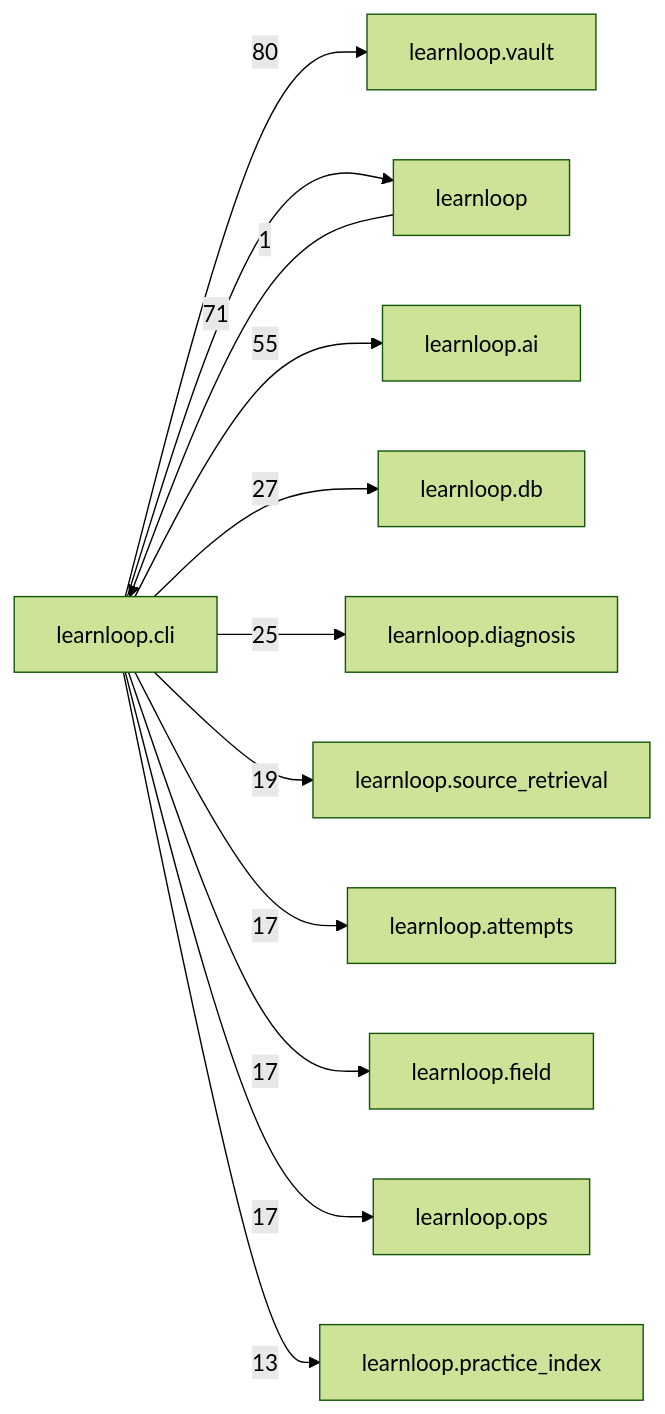
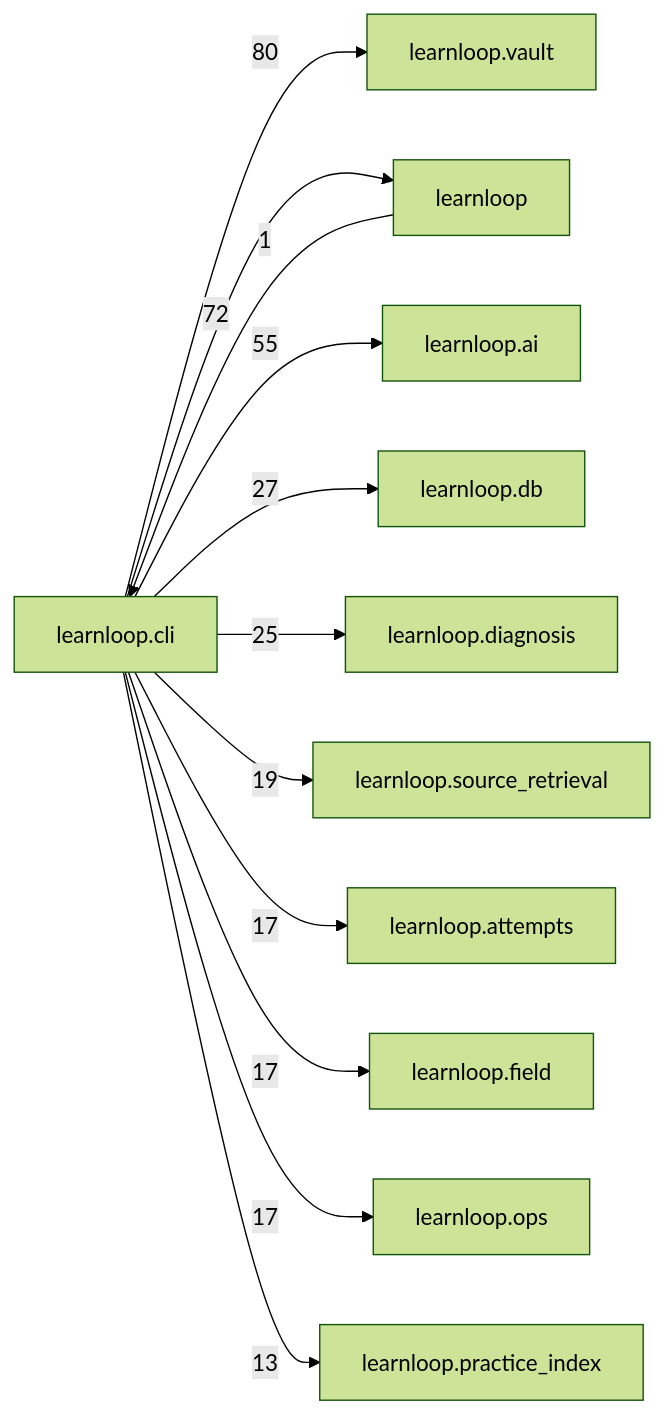
The diagram in docs/learnloop-architecture-vault/Reference/Modules/learnloop/cli/_package.md (6up-b/learnanything), drawn with Mermaid (forest theme) before and after one commit. The commit also changed other lines of this file and 101 other files, not shown here.

First line of the commit message:
Figure wait estimate: references regenerated on the committed source (module, desktop, db; the config notes cite schema.py's moved lines, the new switch and module notes, _generated.md)

````diff
--- a/docs/learnloop-architecture-vault/Reference/Modules/learnloop/cli/_package.md
+++ b/docs/learnloop-architecture-vault/Reference/Modules/learnloop/cli/_package.md
@@ -227,25 +227,25 @@
 ```mermaid
 flowchart LR
     center["learnloop.cli"]
     n_learnloop_vault["learnloop.vault"]
     n_learnloop["learnloop"]
     n_learnloop_ai["learnloop.ai"]
     n_learnloop_db["learnloop.db"]
     n_learnloop_diagnosis["learnloop.diagnosis"]
     n_learnloop_source_retrieval["learnloop.source_retrieval"]
     n_learnloop_attempts["learnloop.attempts"]
     n_learnloop_field["learnloop.field"]
     n_learnloop_ops["learnloop.ops"]
     n_learnloop_practice_index["learnloop.practice_index"]
     center -->|80| n_learnloop_vault
     n_learnloop -->|1| center
-    center -->|71| n_learnloop
+    center -->|72| n_learnloop
     center -->|55| n_learnloop_ai
     center -->|27| n_learnloop_db
     center -->|25| n_learnloop_diagnosis
     center -->|19| n_learnloop_source_retrieval
     center -->|17| n_learnloop_attempts
     center -->|17| n_learnloop_field
     center -->|17| n_learnloop_ops
     center -->|13| n_learnloop_practice_index
 ```
````
